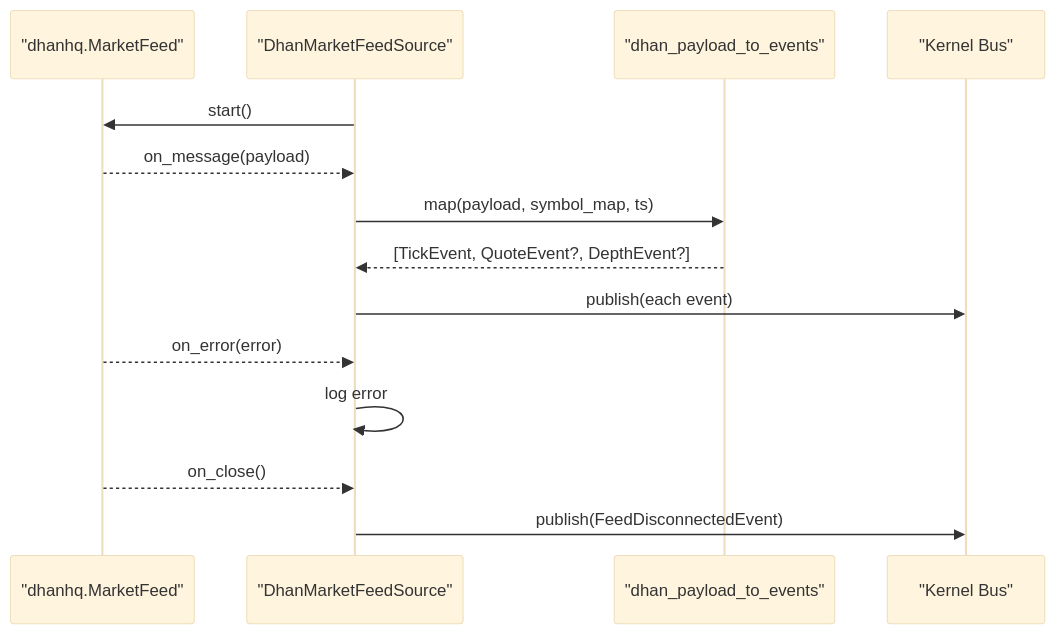
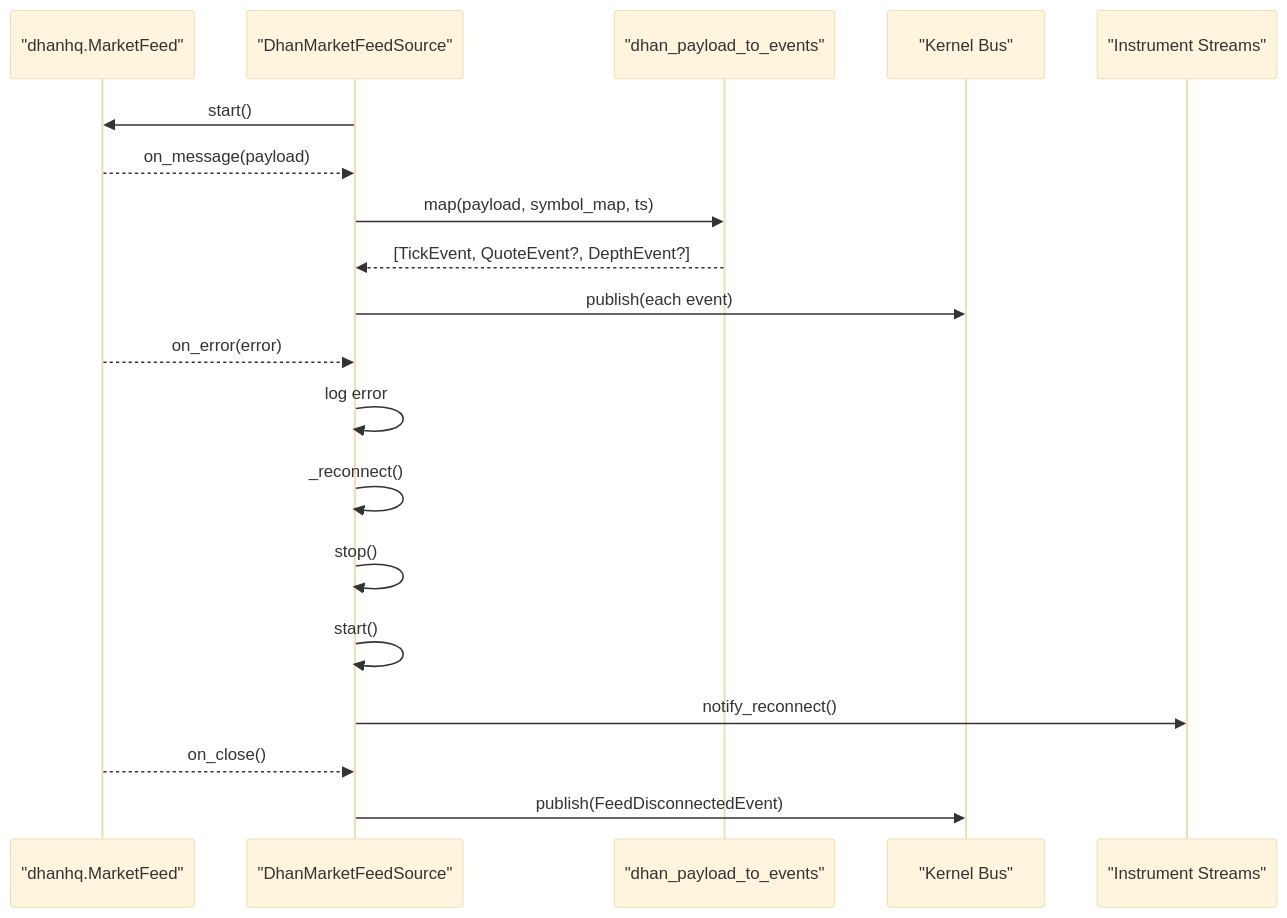
The seventh of 9 diagrams in .qoder/repowiki/en/content/Market Data/Feed Sources.md (Ganesh-Kusundal/nTrade), drawn with Mermaid (base theme) before and after one commit. The commit also changed other lines of this file and 331 other files, not shown here.

````diff
--- a/.qoder/repowiki/en/content/Market Data/Feed Sources.md
+++ b/.qoder/repowiki/en/content/Market Data/Feed Sources.md
@@ -279,16 +298,21 @@
 ```mermaid
 sequenceDiagram
 participant WS as "dhanhq.MarketFeed"
 participant Src as "DhanMarketFeedSource"
 participant Mapper as "dhan_payload_to_events"
 participant Bus as "Kernel Bus"
+participant Stream as "Instrument Streams"
 Src->>WS : start()
 WS-->>Src : on_message(payload)
 Src->>Mapper : map(payload, symbol_map, ts)
 Mapper-->>Src : [TickEvent, QuoteEvent?, DepthEvent?]
 Src->>Bus : publish(each event)
 WS-->>Src : on_error(error)
 Src->>Src : log error
+Src->>Src : _reconnect()
+Src->>Src : stop()
+Src->>Src : start()
+Src->>Stream : notify_reconnect()
 WS-->>Src : on_close()
 Src->>Bus : publish(FeedDisconnectedEvent)
 ```
````
